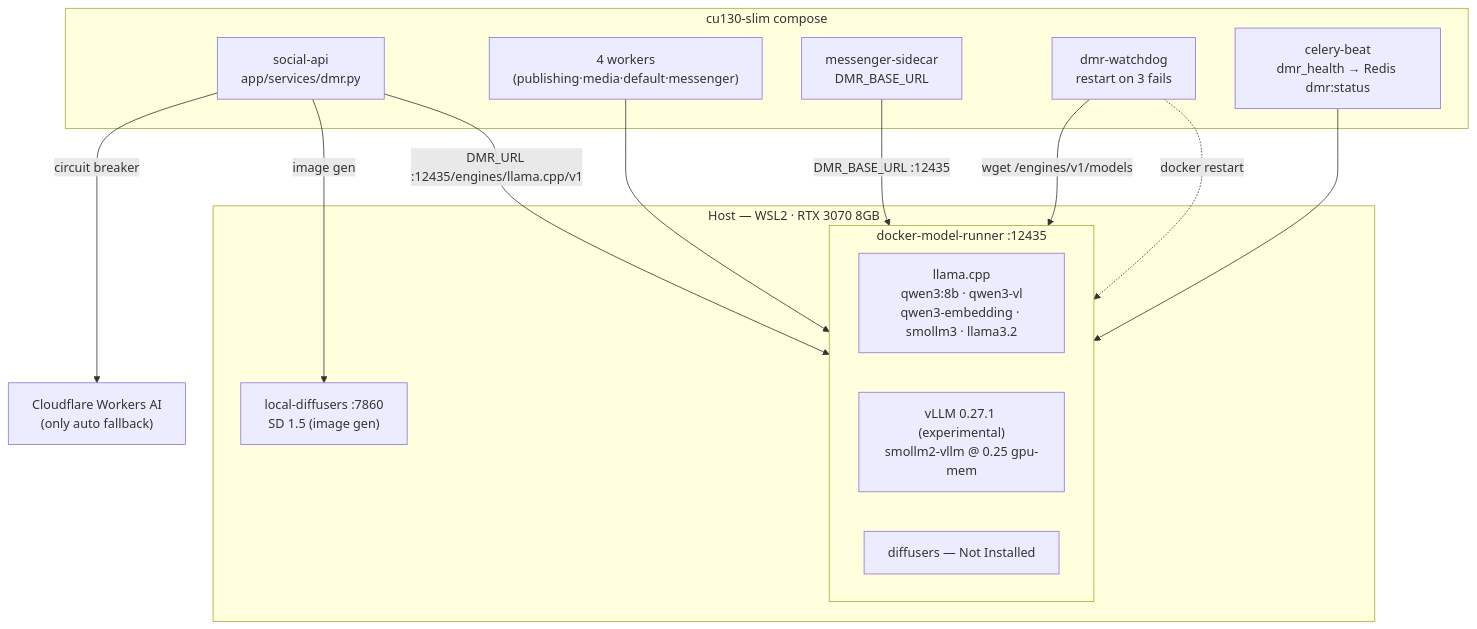
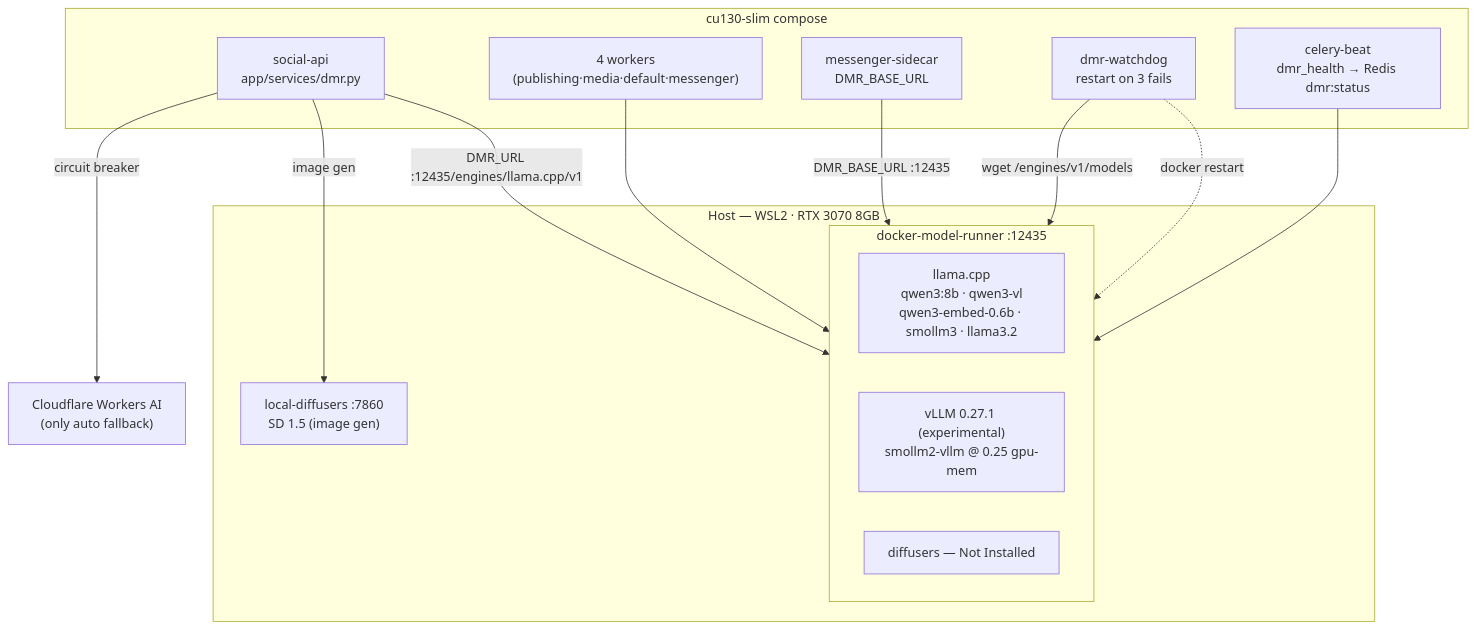
Before and after one commit to Themis128/cu130-slim: the diagram in docs/dmr-architecture.md, drawn with Mermaid. The commit also changed other lines of this file and 21 other files, not shown here.

First line of the commit message:
fix(dmr): swap embedding model to Qwen3-Embedding-0.6B — remove biggest storm contributor

````diff
--- a/docs/dmr-architecture.md
+++ b/docs/dmr-architecture.md
@@ -80,30 +80,30 @@
 ```mermaid
 flowchart TB
     subgraph Host["Host — WSL2 · RTX 3070 8GB"]
         subgraph Runner["docker-model-runner :12435"]
-            LC["llama.cpp<br/>qwen3:8b · qwen3-vl<br/>qwen3-embedding · smollm3 · llama3.2"]
+            LC["llama.cpp<br/>qwen3:8b · qwen3-vl<br/>qwen3-embed-0.6b · smollm3 · llama3.2"]
             VL["vLLM 0.27.1 (experimental)<br/>smollm2-vllm @ 0.25 gpu-mem"]
             DF["diffusers — Not Installed"]
         end
         LD["local-diffusers :7860<br/>SD 1.5 (image gen)"]
     end
 
     subgraph Compose["cu130-slim compose"]
         API["social-api<br/>app/services/dmr.py"]
         WK["4 workers<br/>(publishing·media·default·messenger)"]
         MS["messenger-sidecar<br/>DMR_BASE_URL"]
         WD["dmr-watchdog<br/>restart on 3 fails"]
         CB["celery-beat<br/>dmr_health → Redis dmr:status"]
     end
 
     CF["Cloudflare Workers AI<br/>(only auto fallback)"]
 
     API -->|"DMR_URL :12435/engines/llama.cpp/v1"| Runner
     WK --> Runner
     MS -->|"DMR_BASE_URL :12435"| Runner
     WD -->|"wget /engines/v1/models"| Runner
     WD -.->|"docker restart"| Runner
     CB --> Runner
     API -->|"circuit breaker"| CF
     API -->|"image gen"| LD
 ```
````
